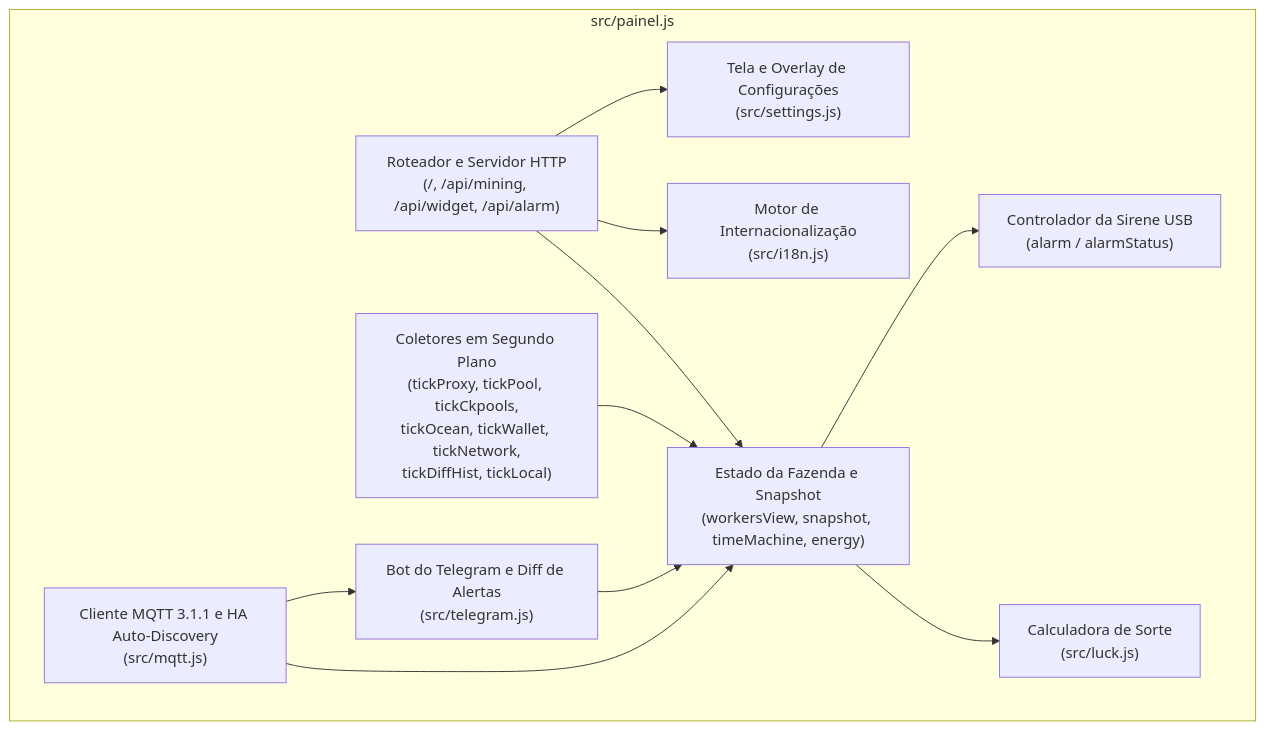
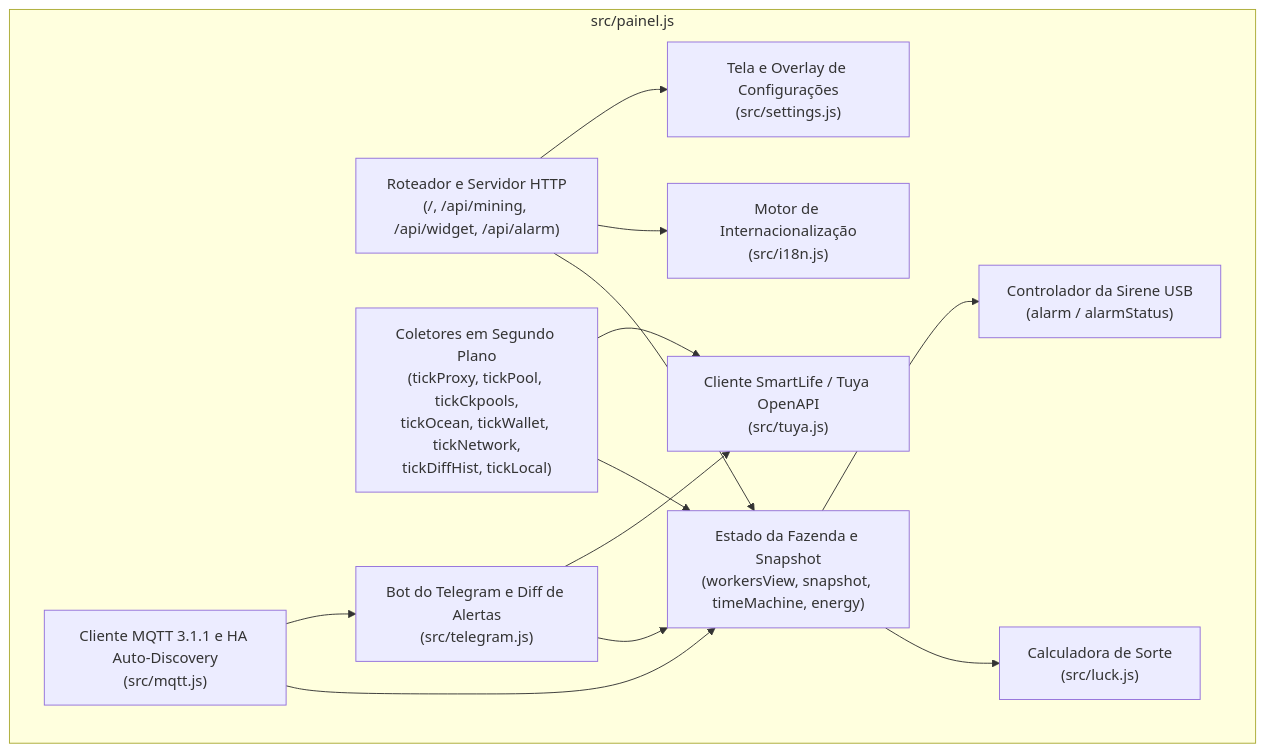
Before and after one commit to Modanez/HomeMinerProxy: the fourth of 6 diagrams in docs/c4/README.pt-BR.md, drawn with Mermaid. The commit also changed other lines of this file and 25 other files, not shown here.

Commit message:
feat(tuya): add direct SmartLife / Tuya smart plug telemetry, control and watchdog

````diff
--- a/docs/c4/README.pt-BR.md
+++ b/docs/c4/README.pt-BR.md
@@ -141,24 +144,27 @@
 ```mermaid
 flowchart TB
     subgraph PainelProcess["src/painel.js"]
         HTTPServer["Roteador e Servidor HTTP\n(/, /api/mining, /api/widget, /api/alarm)"]
         Collectors["Coletores em Segundo Plano\n(tickProxy, tickPool, tickCkpools,\ntickOcean, tickWallet, tickNetwork,\ntickDiffHist, tickLocal)"]
         StateEngine["Estado da Fazenda e Snapshot\n(workersView, snapshot, timeMachine, energy)"]
         LuckMod["Calculadora de Sorte\n(src/luck.js)"]
         I18nMod["Motor de Internacionalização\n(src/i18n.js)"]
         SettingsMod["Tela e Overlay de Configurações\n(src/settings.js)"]
         TelegramMod["Bot do Telegram e Diff de Alertas\n(src/telegram.js)"]
         MqttMod["Cliente MQTT 3.1.1 e HA Auto-Discovery\n(src/mqtt.js)"]
+        TuyaMod["Cliente SmartLife / Tuya OpenAPI\n(src/tuya.js)"]
         AlarmMod["Controlador da Sirene USB\n(alarm / alarmStatus)"]
     end
 
     Collectors --> StateEngine
+    Collectors --> TuyaMod
     StateEngine --> LuckMod
     StateEngine --> AlarmMod
     HTTPServer --> StateEngine
     HTTPServer --> I18nMod
     HTTPServer --> SettingsMod
     TelegramMod --> StateEngine
+    TelegramMod --> TuyaMod
     MqttMod --> StateEngine
     MqttMod --> TelegramMod
 ```
````
